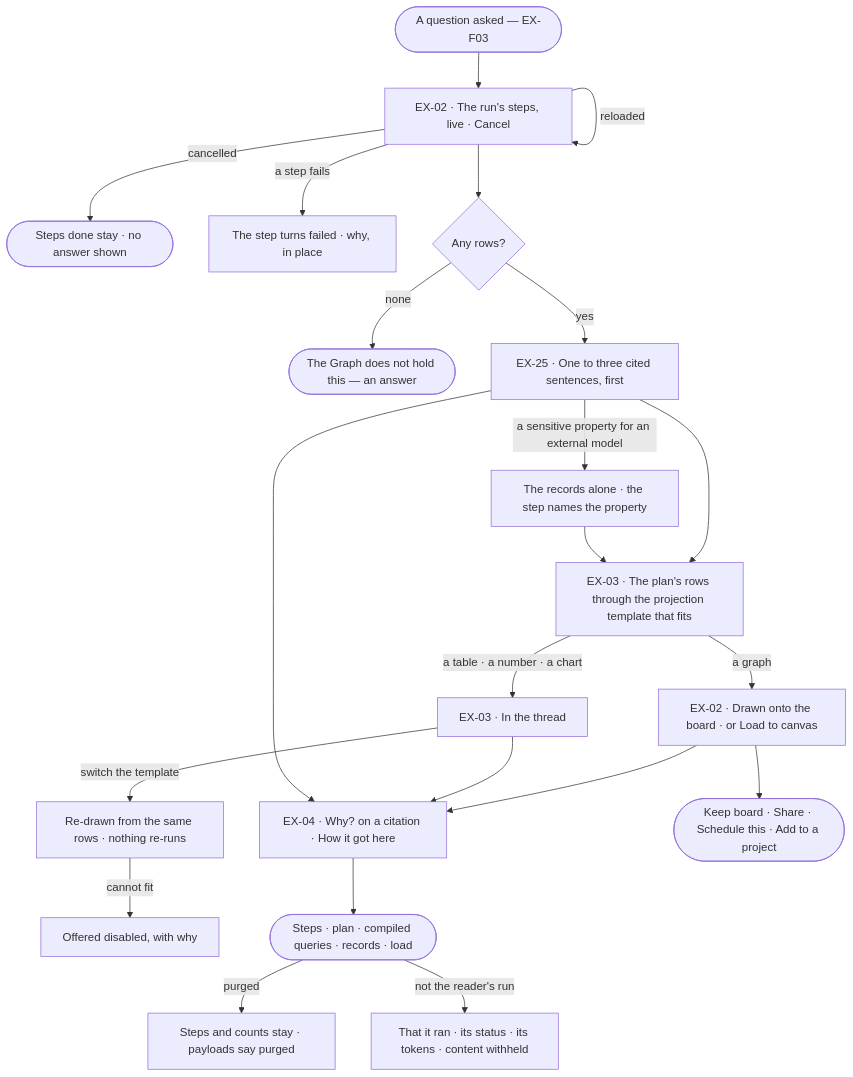
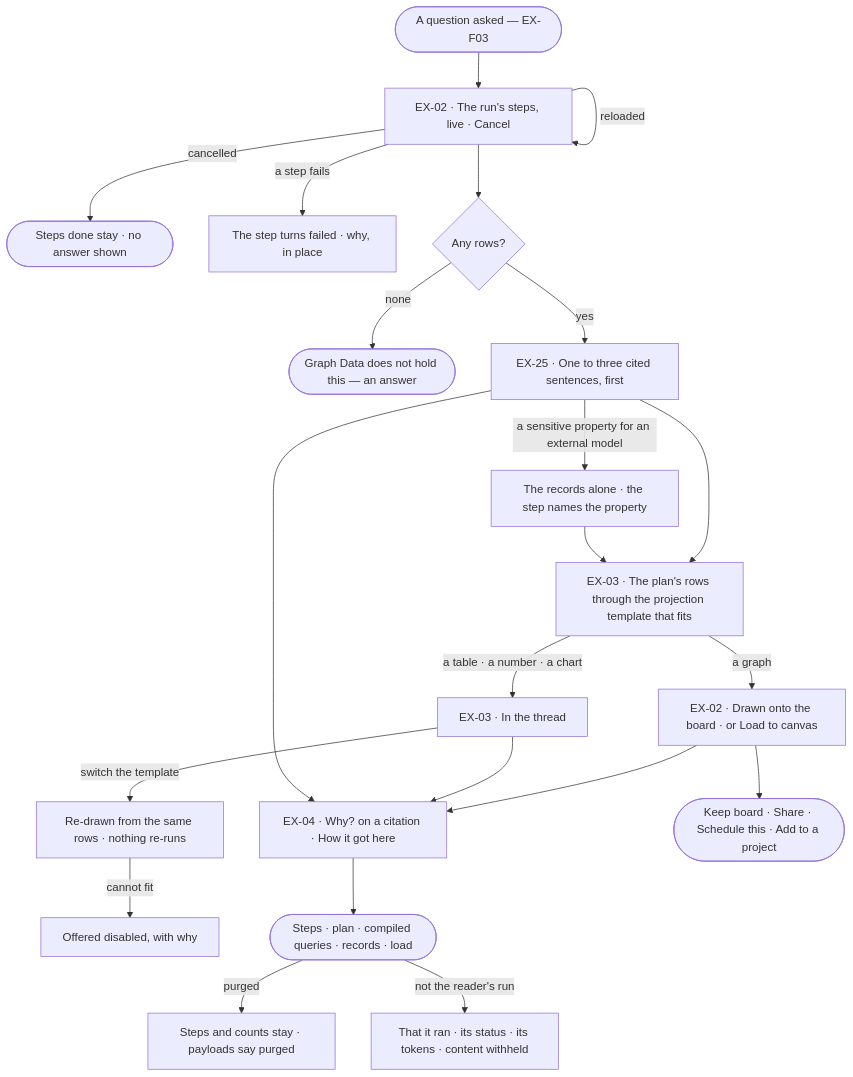
One commit to invana/invana changed the first of 2 diagrams in specs/capabilities/explore/features/EX-F04-the-answer/feature.md. Above: the diagram before and after it, drawn with Mermaid. The commit also changed other lines of this file and 69 other files, not shown here.

First line of the commit message:
feat(specs): retire Graph as an object — Graph Data is the screen word

````diff
--- a/specs/capabilities/explore/features/EX-F04-the-answer/feature.md
+++ b/specs/capabilities/explore/features/EX-F04-the-answer/feature.md
@@ -26,24 +26,24 @@
 ```mermaid
 flowchart TD
   start([A question asked — EX-F03]) --> live["EX-02 · The run's steps, live · Cancel"]
   live -->|cancelled| cx(["Steps done stay · no answer shown"])
   live -->|a step fails| fl["The step turns failed · why, in place"]
   live -->|reloaded| live
   live --> rows{Any rows?}
-  rows -->|none| empty(["The Graph does not hold this — an answer"])
+  rows -->|none| empty(["Graph Data does not hold this — an answer"])
   rows -->|yes| words["EX-25 · One to three cited sentences, first"]
   words -->|a sensitive property for an external model| skip["The records alone · the step names the property"]
   words --> shape["EX-03 · The plan's rows through the projection template that fits"]
   skip --> shape
   shape -->|a graph| draw["EX-02 · Drawn onto the board · or Load to canvas"]
   shape -->|a table · a number · a chart| card["EX-03 · In the thread"]
   card -->|switch the template| sw["Re-drawn from the same rows · nothing re-runs"]
   sw -->|cannot fit| dis["Offered disabled, with why"]
   draw --> why["EX-04 · Why? on a citation · How it got here"]
   card --> why
   words --> why
   why --> trace(["Steps · plan · compiled queries · records · load"])
   trace -->|purged| pg["Steps and counts stay · payloads say purged"]
   trace -->|not the reader's run| wh["That it ran · its status · its tokens · content withheld"]
   draw --> act(["Keep board · Share · Schedule this · Add to a project"])
 ```
````
